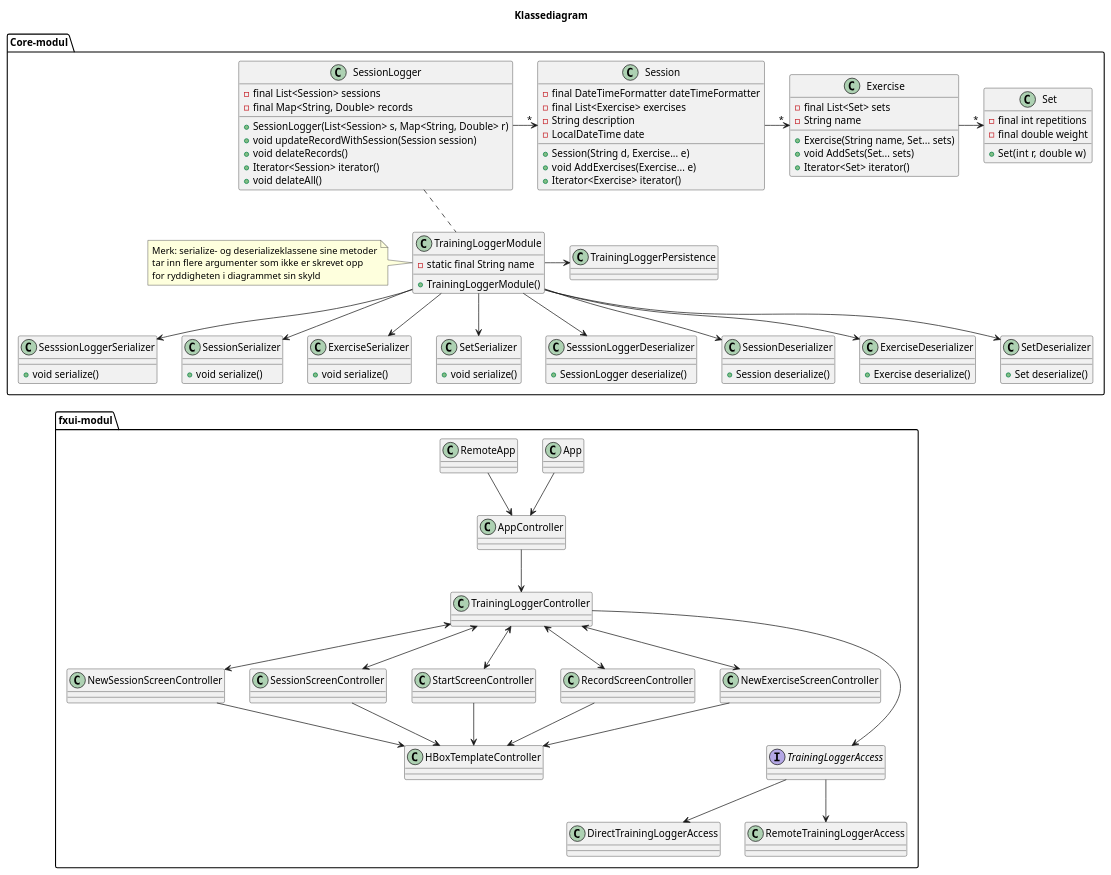
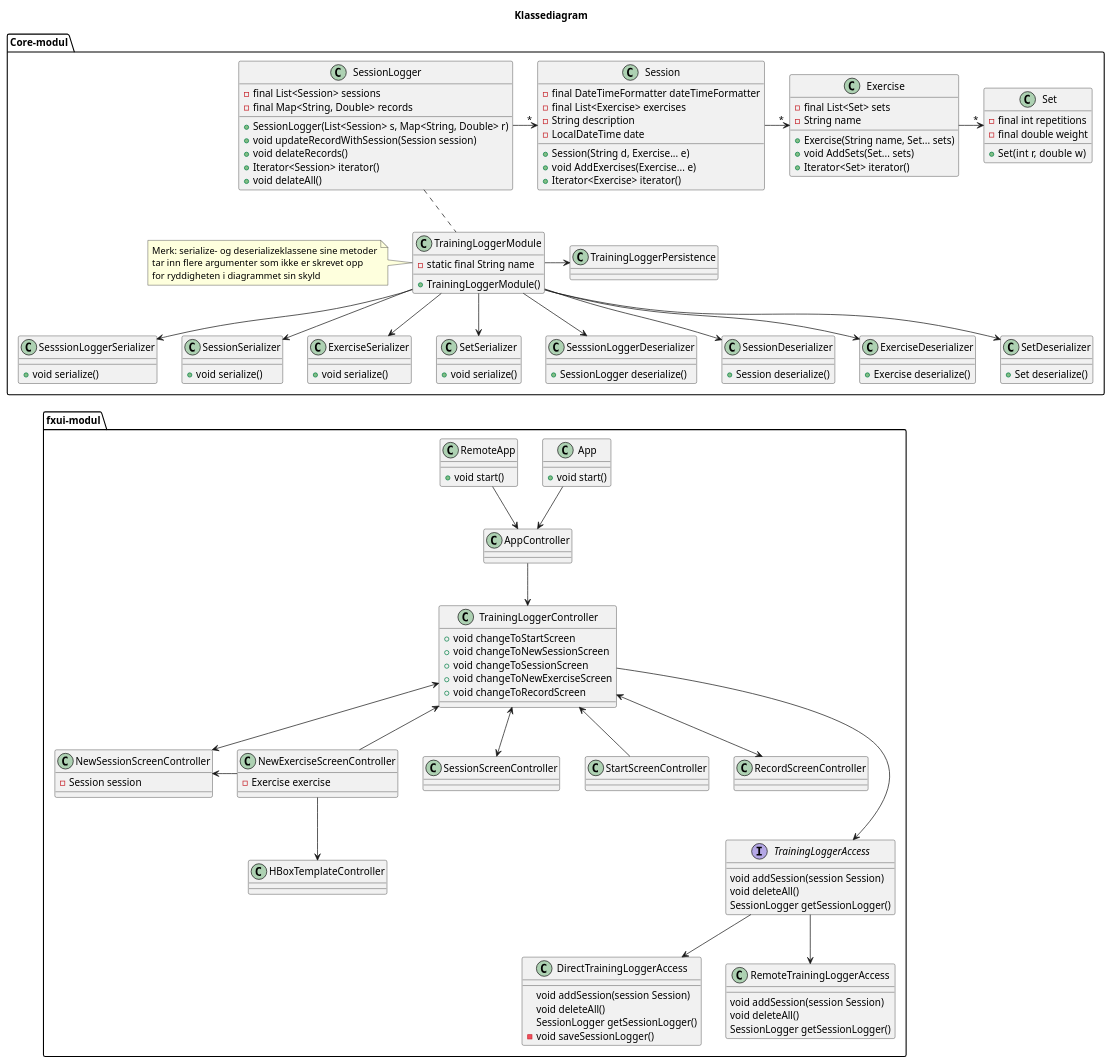
One commit to jarlsondre/TrainingLogger changed the first of 2 diagrams in trainingLogger/README.md. Above: the diagram before and after it, drawn with PlantUML.

Commit message:
Ferdig utkast til klassediagrammene for fxui-modulen og core-modulen

```diff
--- a/trainingLogger/README.md
+++ b/trainingLogger/README.md
@@ -9,7 +9,6 @@
 allow_mixing
 
 Title Klassediagram
-
 
 Package Core-modul {
 
@@ -115,28 +114,60 @@
 Package fxui-modul {
 
 
-Class App
+Class App {
+
+    + void start()
+}
 Class AppController
-Class DirectTrainingLoggerAccess
+Class DirectTrainingLoggerAccess {
+    void addSession(session Session)
+    void deleteAll()
+    SessionLogger getSessionLogger()
+    - void saveSessionLogger()
+}
 Class HBoxTemplateController
-Class NewSessionScreenController
 Class SessionScreenController
 Class StartScreenController
 Class RecordScreenController
-Class NewExerciseScreenController
-Class RemoteTrainingLoggerAccess
-Class RemoteApp
-Interface TrainingLoggerAccess
-Class TrainingLoggerController
+Class NewSessionScreenController {
+    - Session session
+}
+Class NewExerciseScreenController {
+    - Exercise exercise
+}
+Class RemoteTrainingLoggerAccess {
+    void addSession(session Session)
+    void deleteAll()
+    SessionLogger getSessionLogger()
+}
+Class RemoteApp {
+    
+    + void start()
+}
+Interface TrainingLoggerAccess {
+    void addSession(session Session)
+    void deleteAll()
+    SessionLogger getSessionLogger()
+}
+Class TrainingLoggerController {
+    
+    + void changeToStartScreen
+    + void changeToNewSessionScreen
+    + void changeToSessionScreen
+    + void changeToNewExerciseScreen
+    + void changeToRecordScreen
+    
+}
 
 App --> AppController
 RemoteApp --> AppController
 
 AppController --> TrainingLoggerController
 
-TrainingLoggerController <--> StartScreenController
+TrainingLoggerController <-- StartScreenController
 TrainingLoggerController <--> NewSessionScreenController
-TrainingLoggerController <--> NewExerciseScreenController
+NewExerciseScreenController -left-> NewSessionScreenController
+TrainingLoggerController <-- NewExerciseScreenController
 TrainingLoggerController <--> SessionScreenController
 TrainingLoggerController <--> RecordScreenController
 TrainingLoggerController ---> TrainingLoggerAccess
@@ -145,10 +176,6 @@
 TrainingLoggerAccess --> DirectTrainingLoggerAccess
 
 
-RecordScreenController --> HBoxTemplateController
-StartScreenController --> HBoxTemplateController
-NewSessionScreenController --> HBoxTemplateController
-SessionScreenController --> HBoxTemplateController
 NewExerciseScreenController --> HBoxTemplateController
 
 }
```
